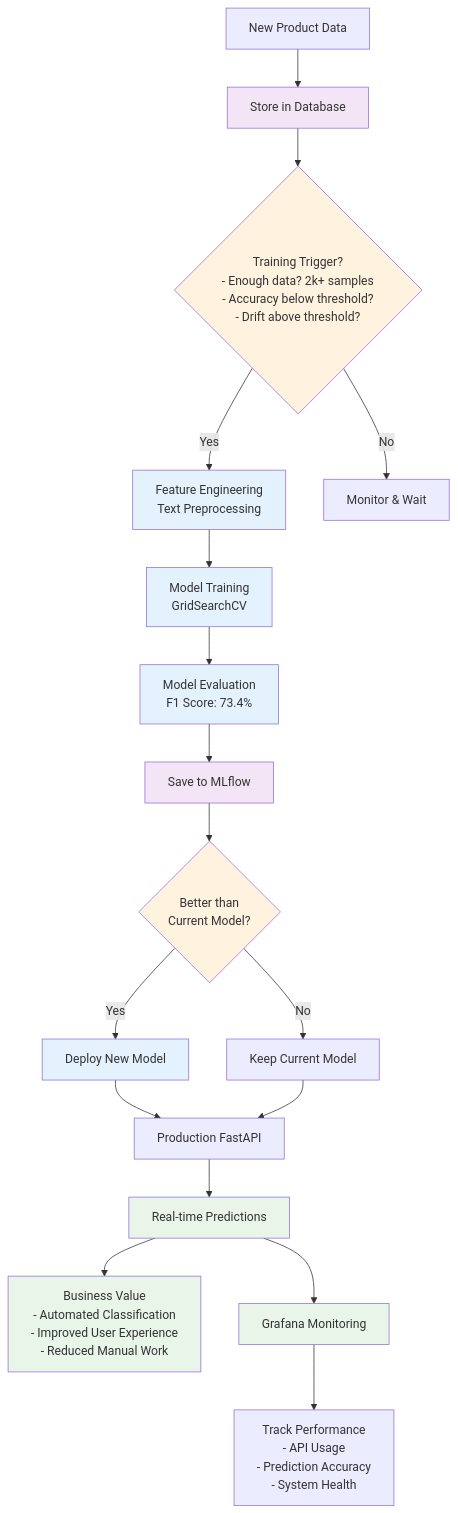
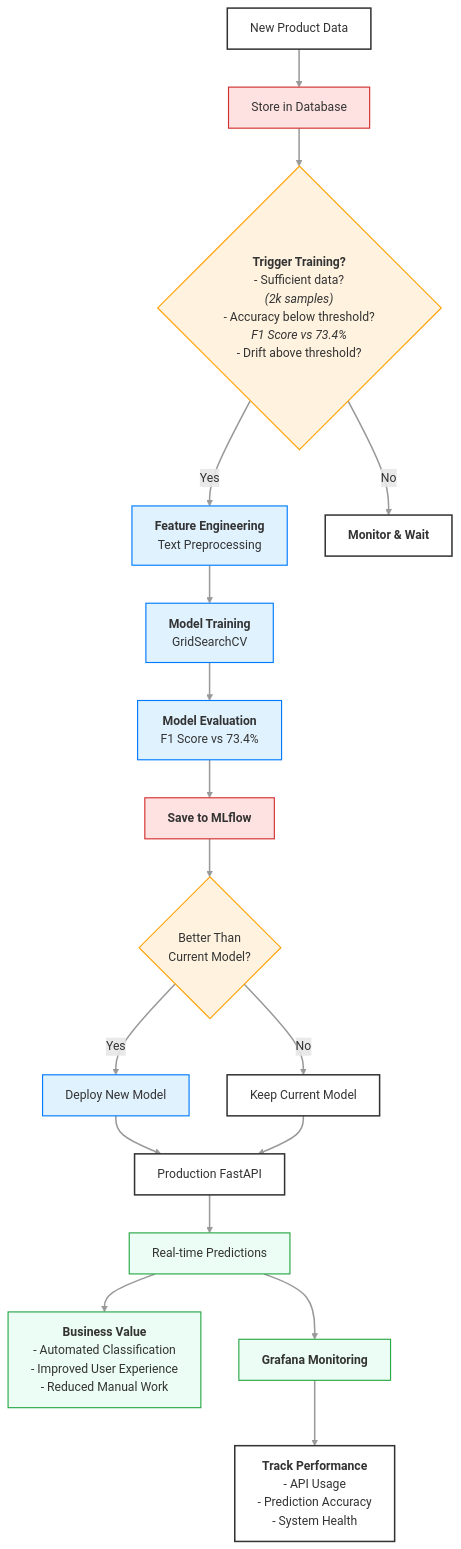
One commit to Wilsbert12/ML_OPs_Rakuten_Challenge changed the diagram in containers/rakuten_st/flowcharts/rakuten_mlops_retraining.mermaid. Above: the diagram before and after it, drawn with Mermaid. The commit also changed 14 other files, not shown here.

First line of the commit message:
fix(diagram): resolve Mermaid JavaScript state issue, syntax errors and update color scheme (#35)

```diff
--- a/containers/rakuten_st/flowcharts/rakuten_mlops_retraining.mermaid
+++ b/containers/rakuten_st/flowcharts/rakuten_mlops_retraining.mermaid
@@ -1,43 +1,115 @@
 graph TD
-    %% Data Ingestion
-    Start[New Product Data] --> DataStorage[Store in Database]
+
+    %% RETRAINING NODES
+
+    %% Data Ingestion [DI]
+    Start[New Product Data]
+    DataStorage[Store in Database]
     
-    %% Immediate Training Decision
-    DataStorage --> TrainingTrigger{Training Trigger?<br/>- Enough data? 2k+ samples<br/>- Accuracy below threshold?<br/>- Drift above threshold?}
-    TrainingTrigger -->|Yes| FeatureEngineering[Feature Engineering<br/>Text Preprocessing]
-    TrainingTrigger -->|No| WaitingState[Monitor & Wait]
+    %% DI EDGE
+    Start --> DataStorage
+
     
-    %% Model Development Cycle
-    FeatureEngineering --> ModelTraining[Model Training<br/>GridSearchCV]
-    ModelTraining --> ModelEvaluation[Model Evaluation<br/>F1 Score: 73.4%]
-    ModelEvaluation --> ModelRegistry[Save to MLflow]
+    %% Immediate Training Decision [ITD]
+    TrainingTrigger{"`**Trigger Training?**
+    - Sufficient data?
+    _(2k samples)_
+    - Accuracy below threshold?
+    _F1 Score vs 73.4%_
+    - Drift above threshold?`"}
+
+    FeatureEngineering["`**Feature Engineering**
+    Text Preprocessing`"]
+
+    WaitingState["`**Monitor & Wait**`"]
+
+    %% ITD EDGES
+    DataStorage --> TrainingTrigger
+    TrainingTrigger -- "Yes" --> FeatureEngineering
+    TrainingTrigger -- "No" --> WaitingState
+
+
+    %% Model Development Cycle [MDC]
+
+    ModelTraining["`**Model Training**
+    GridSearchCV`"]
+
+    ModelEvaluation["`**Model Evaluation**
+    F1 Score vs 73.4%`"]
     
-    %% Deployment Decision
-    ModelRegistry --> DeploymentDecision{Better than<br/>Current Model?}
-    DeploymentDecision -->|Yes| ModelDeployment[Deploy New Model]
-    DeploymentDecision -->|No| KeepCurrent[Keep Current Model]
+    ModelRegistry["`**Save to MLflow**`"]
+
+    %% MDC EDGES
+    FeatureEngineering --> ModelTraining
+    ModelTraining --> ModelEvaluation
+    ModelEvaluation --> ModelRegistry
+
+
+    %% Deployment Decision [DD]
     
-    %% Production Serving
-    ModelDeployment --> ProductionAPI[Production FastAPI]
+    DeploymentDecision{"Better Than
+    Current Model?"}
+    
+    ModelDeployment["Deploy New Model"]
+    
+    KeepCurrent["Keep Current Model"]
+
+    %% DD EDGES
+    ModelRegistry --> DeploymentDecision
+    DeploymentDecision -- "Yes" --> ModelDeployment
+    DeploymentDecision -- "No" --> KeepCurrent
+
+
+    %% REAL-TIME SERVING [RTS]
+    ProductionAPI["Production FastAPI"]
+    RealTimePredictions["Real-time Predictions"]
+
+    %% RTS EDGES
+    ModelDeployment --> ProductionAPI
     KeepCurrent --> ProductionAPI
-    ProductionAPI --> RealTimePredictions[Real-time Predictions]
+    ProductionAPI --> RealTimePredictions
+
+
+    %% Business Value [BV]
+    BusinessValue["`**Business Value**
+    - Automated Classification
+    - Improved User Experience
+    - Reduced Manual Work`"]
     
-    %% Business Value
-    RealTimePredictions --> BusinessValue[Business Value<br/>- Automated Classification<br/>- Improved User Experience<br/>- Reduced Manual Work]
-    
-    %% Monitoring and Feedback Loop
-    RealTimePredictions --> MonitoringDashboard[Grafana Monitoring]
-    MonitoringDashboard --> PerformanceMetrics[Track Performance<br/>- API Usage<br/>- Prediction Accuracy<br/>- System Health]
-    
-    %% Monitoring is continuous - no further connections needed
-    
-    %% Styling
-    classDef process fill:#e3f2fd
-    classDef decision fill:#fff3e0
-    classDef storage fill:#f3e5f5
-    classDef value fill:#e8f5e8
-    
-    class FeatureEngineering,ModelTraining,ModelEvaluation,ModelDeployment process
-    class TrainingTrigger,DeploymentDecision decision
-    class DataStorage,ModelRegistry storage
-    class BusinessValue,RealTimePredictions,MonitoringDashboard value
+    %% BV EDGE
+    RealTimePredictions --> BusinessValue
+
+
+    %% Monitoring and Triggering [MaT]
+
+    MonitoringDashboard["`**Grafana Monitoring**`"]
+
+    PerformanceMetrics["`**Track Performance**
+    - API Usage
+    - Prediction Accuracy
+    - System Health`"]
+
+
+    %% MaT EDGES
+    RealTimePredictions --> MonitoringDashboard
+    MonitoringDashboard --> PerformanceMetrics
+
+
+    %% STYLING
+    %% Apply default styles to ALL nodes
+    classDef default fill:#FFF,stroke:#333,stroke-width:2px;
+
+    %% Apply default styles to ALL edges
+    linkStyle default stroke:#999,stroke-width:2px,fill:none;
+
+    %% Node-specific styling
+    classDef process fill:#E0F2FE,stroke:#007BFF,stroke-width:1.5px;
+    classDef decision fill:#FFF3E0,stroke:#FFA000,stroke-width:1.5px;
+    classDef storage fill:#FEE2E2,stroke:#D32F2F,stroke-width:1.5px;
+    classDef value fill:#ECFDF5,stroke:#28A745,stroke-width:1.5px;
+
+    %% Applying classes to specific nodes (grouping for readability)
+    class FeatureEngineering,ModelTraining,ModelEvaluation,ModelDeployment process; 
+    class TrainingTrigger,DeploymentDecision decision; 
+    class DataStorage,ModelRegistry storage; 
+    class BusinessValue,RealTimePredictions,MonitoringDashboard value; 
```
